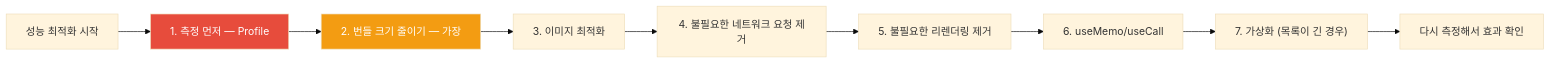
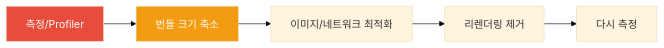
Before and after one commit to yjkim2015/yjkim2015.github.io: the fifth of 5 diagrams in _posts/frontend/2026-05-02-react-performance.md, drawn with Mermaid (base theme). The commit also changed other lines of this file and 163 other files, not shown here.

First line of the commit message:
Mermaid 300개 블록 내용 축소: 5노드 5엣지 이하, 의미 있는 약어

````diff
--- a/_posts/frontend/2026-05-02-react-performance.md
+++ b/_posts/frontend/2026-05-02-react-performance.md
@@ -415,13 +415,9 @@
 ```mermaid
-flowchart LR
-    A["성능 최적화 시작"] --> B["1. 측정 먼저 — Profile"]
-    B --> C["2. 번들 크기 줄이기 — 가장"]
-    C --> D["3. 이미지 최적화"]
-    D --> E["4. 불필요한 네트워크 요청 제거"]
-    E --> F["5. 불필요한 리렌더링 제거"]
-    F --> G["6. useMemo/useCall"]
-    G --> H["7. 가상화 (목록이 긴 경우)"]
-    H --> I["다시 측정해서 효과 확인"]
-    style B fill:#e74c3c,color:#fff
-    style C fill:#f39c12,color:#fff
+graph LR
+    A["측정/Profiler"] --> B["번들 크기 축소"]
+    B --> C["이미지/네트워크 최적화"]
+    C --> D["리렌더링 제거"]
+    D --> E["다시 측정"]
+    style A fill:#e74c3c,color:#fff
+    style B fill:#f39c12,color:#fff
 ```
````
